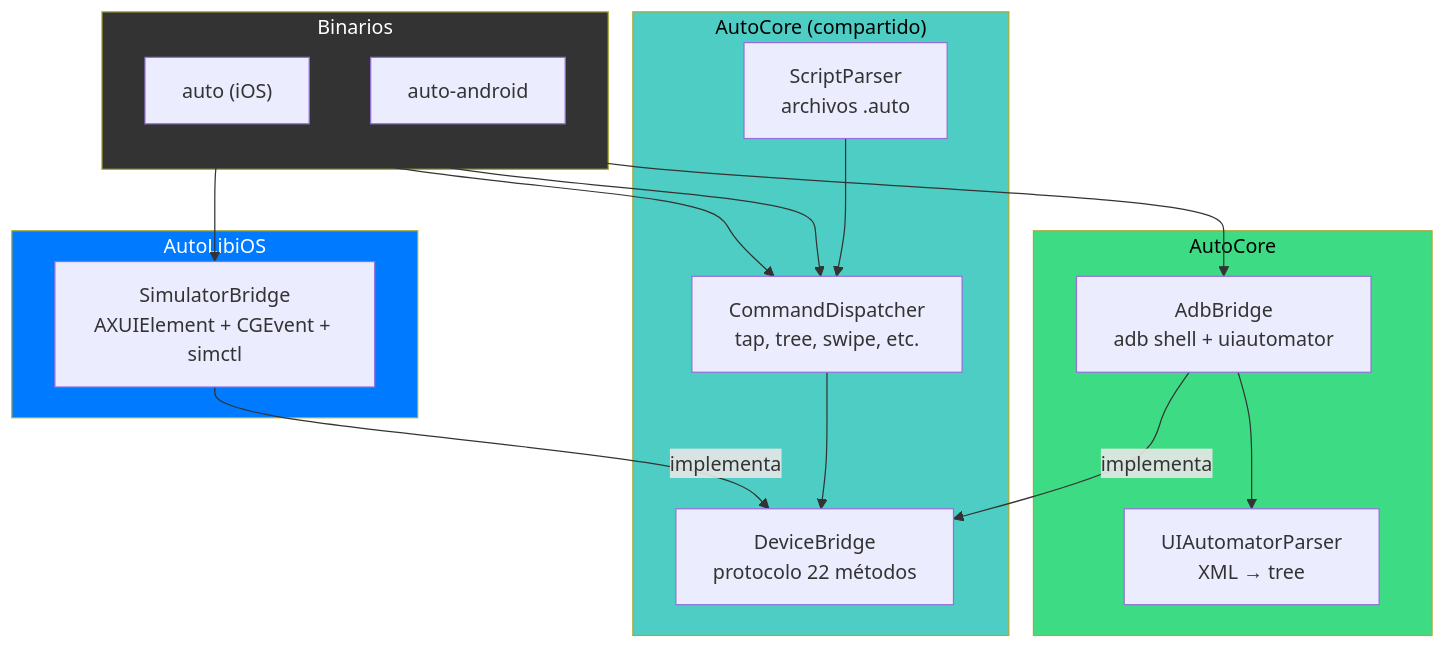
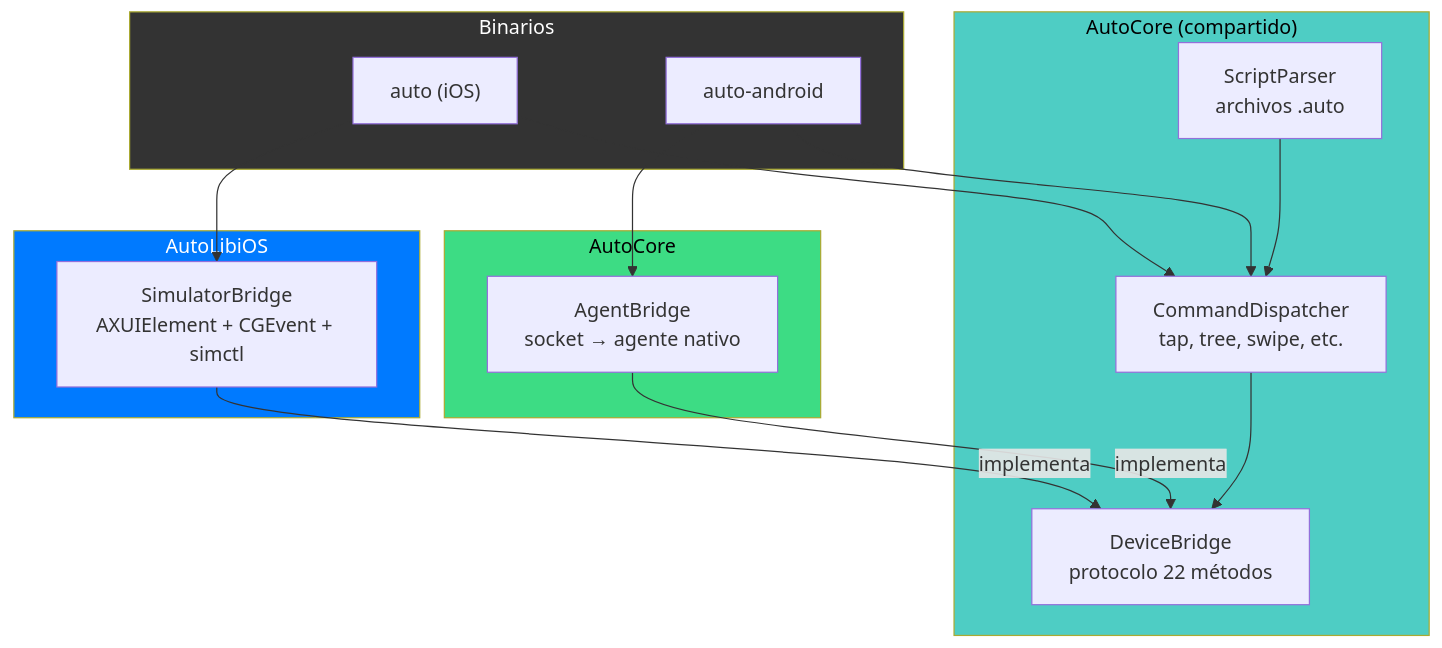
Before and after one commit to fsaldivar-dev/AutoPilot: the second of 2 diagrams in docs/libro/02-arquitectura.md, drawn with Mermaid. The commit also changed other lines of this file and 6 other files, not shown here.

First line of the commit message:
docs: actualizar todas las refs de AdbBridge → AgentBridge

````diff
--- a/docs/libro/02-arquitectura.md
+++ b/docs/libro/02-arquitectura.md
@@ -192,37 +192,35 @@
 ```mermaid
 graph TB
     subgraph Shared["AutoCore (compartido)"]
         PROTO[DeviceBridge<br/>protocolo 22 métodos]
         DISP[CommandDispatcher<br/>tap, tree, swipe, etc.]
         PARSER_SCRIPT[ScriptParser<br/>archivos .auto]
     end
 
     subgraph iOS["AutoLibiOS"]
         SIM[SimulatorBridge<br/>AXUIElement + CGEvent + simctl]
     end
 
     subgraph Android["AutoCore"]
-        ADB_B[AdbBridge<br/>adb shell + uiautomator]
-        UIA[UIAutomatorParser<br/>XML → tree]
+        ADB_B[AgentBridge<br/>socket → agente nativo]
     end
 
     subgraph Binarios["Binarios"]
         AUTO["auto (iOS)"]
         AUTO_A["auto-android"]
     end
 
     SIM -->|implementa| PROTO
     ADB_B -->|implementa| PROTO
-    ADB_B --> UIA
     DISP --> PROTO
     AUTO --> DISP
     AUTO --> SIM
     AUTO_A --> DISP
     AUTO_A --> ADB_B
     PARSER_SCRIPT --> DISP
 
     style Shared fill:#4ECDC4,color:#000
     style iOS fill:#007AFF,color:#fff
     style Android fill:#3DDC84,color:#000
     style Binarios fill:#333,color:#fff
 ```
````
